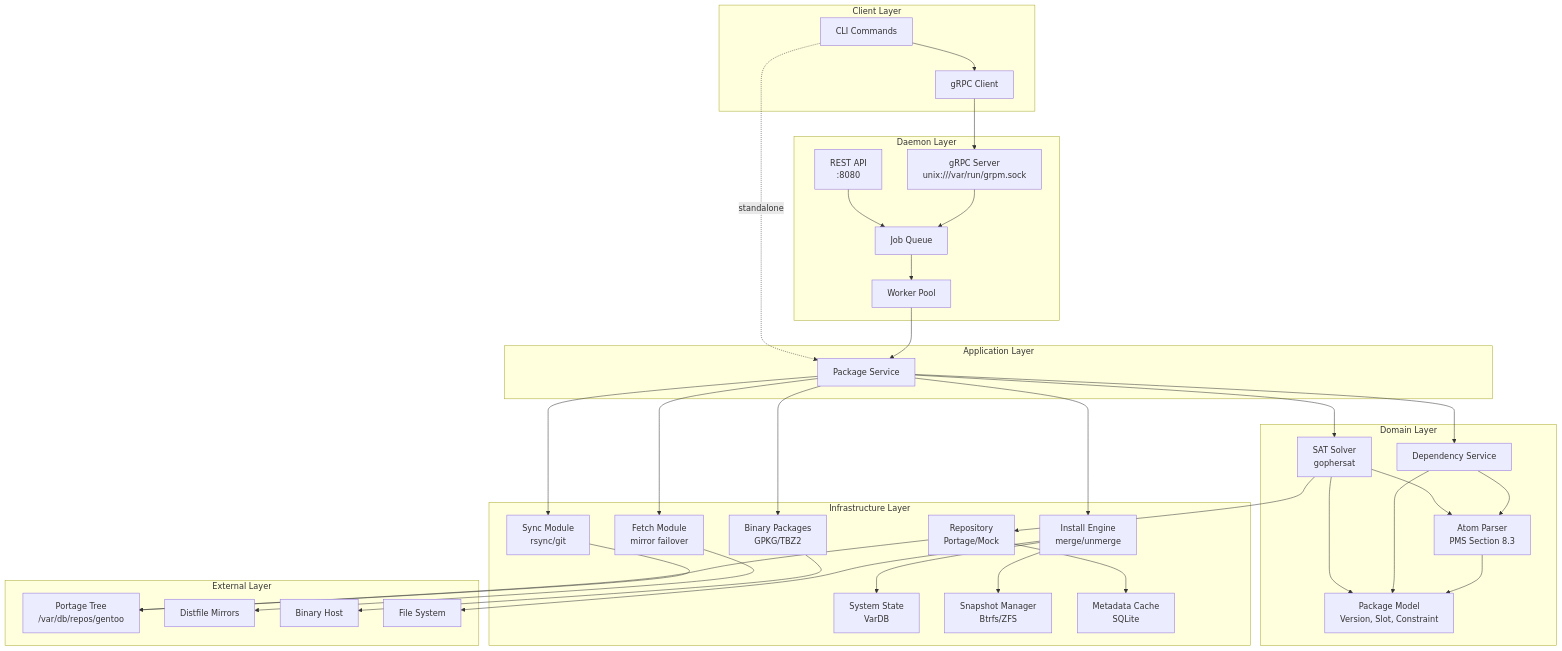
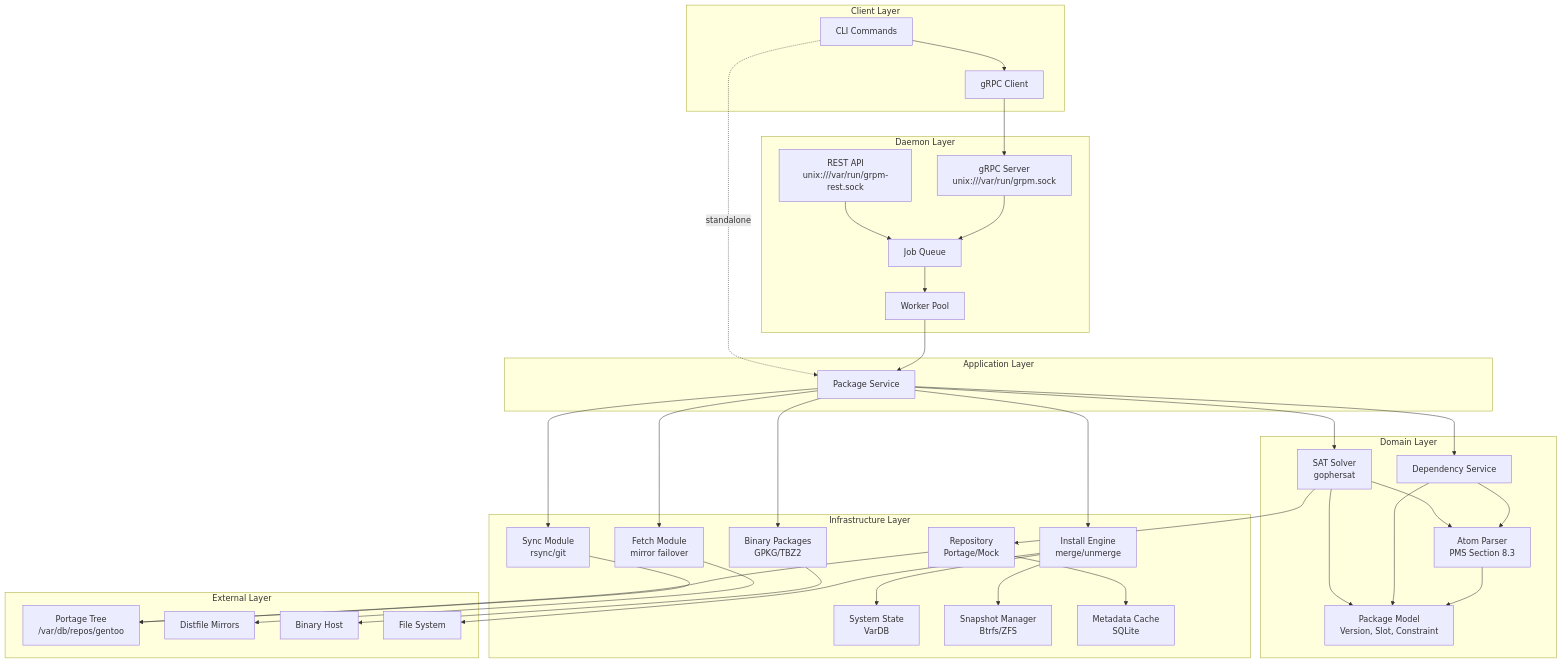
One commit to grpmsoft/grpm changed the diagram in docs/ARCHITECTURE.md. Above: the diagram before and after it, drawn with Mermaid. The commit also changed other lines of this file and 25 other files, not shown here.

````diff
--- a/docs/ARCHITECTURE.md
+++ b/docs/ARCHITECTURE.md
@@ -5,77 +5,77 @@
 ```mermaid
 flowchart TB
     subgraph Client["Client Layer"]
         CLI[CLI Commands]
         GRPC_CLIENT[gRPC Client]
     end
 
     subgraph Daemon["Daemon Layer"]
         GRPC_SERVER[gRPC Server<br/>unix:///var/run/grpm.sock]
-        REST_API[REST API<br/>:8080]
+        REST_API[REST API<br/>unix:///var/run/grpm-rest.sock]
         JOB_QUEUE[Job Queue]
         WORKERS[Worker Pool]
     end
 
     subgraph Application["Application Layer"]
         PKG_SERVICE[Package Service]
     end
 
     subgraph Domain["Domain Layer"]
         SOLVER[SAT Solver<br/>gophersat]
         PKG[Package Model<br/>Version, Slot, Constraint]
         ATOM[Atom Parser<br/>PMS Section 8.3]
         DEP_SERVICE[Dependency Service]
     end
 
     subgraph Infrastructure["Infrastructure Layer"]
         REPO[Repository<br/>Portage/Mock]
         SYNC[Sync Module<br/>rsync/git]
         FETCH[Fetch Module<br/>mirror failover]
         INSTALL[Install Engine<br/>merge/unmerge]
         BINPKG[Binary Packages<br/>GPKG/TBZ2]
         STATE[System State<br/>VarDB]
         SNAPSHOT[Snapshot Manager<br/>Btrfs/ZFS]
         CACHE[Metadata Cache<br/>SQLite]
     end
 
     subgraph External["External Layer"]
         PORTAGE_TREE[Portage Tree<br/>/var/db/repos/gentoo]
         MIRRORS[Distfile Mirrors]
         BINHOST[Binary Host]
         FS[File System]
     end
 
     CLI --> GRPC_CLIENT
     CLI -.->|standalone| PKG_SERVICE
     GRPC_CLIENT --> GRPC_SERVER
     REST_API --> JOB_QUEUE
     GRPC_SERVER --> JOB_QUEUE
     JOB_QUEUE --> WORKERS
     WORKERS --> PKG_SERVICE
 
     PKG_SERVICE --> SOLVER
     PKG_SERVICE --> DEP_SERVICE
     SOLVER --> PKG
     SOLVER --> ATOM
     DEP_SERVICE --> PKG
     DEP_SERVICE --> ATOM
     ATOM --> PKG
 
     SOLVER --> REPO
     REPO --> CACHE
     REPO --> PORTAGE_TREE
 
     PKG_SERVICE --> SYNC
     SYNC --> PORTAGE_TREE
 
     PKG_SERVICE --> FETCH
     FETCH --> MIRRORS
 
     PKG_SERVICE --> INSTALL
     INSTALL --> STATE
     INSTALL --> SNAPSHOT
     INSTALL --> FS
 
     PKG_SERVICE --> BINPKG
     BINPKG --> BINHOST
 ```
````
